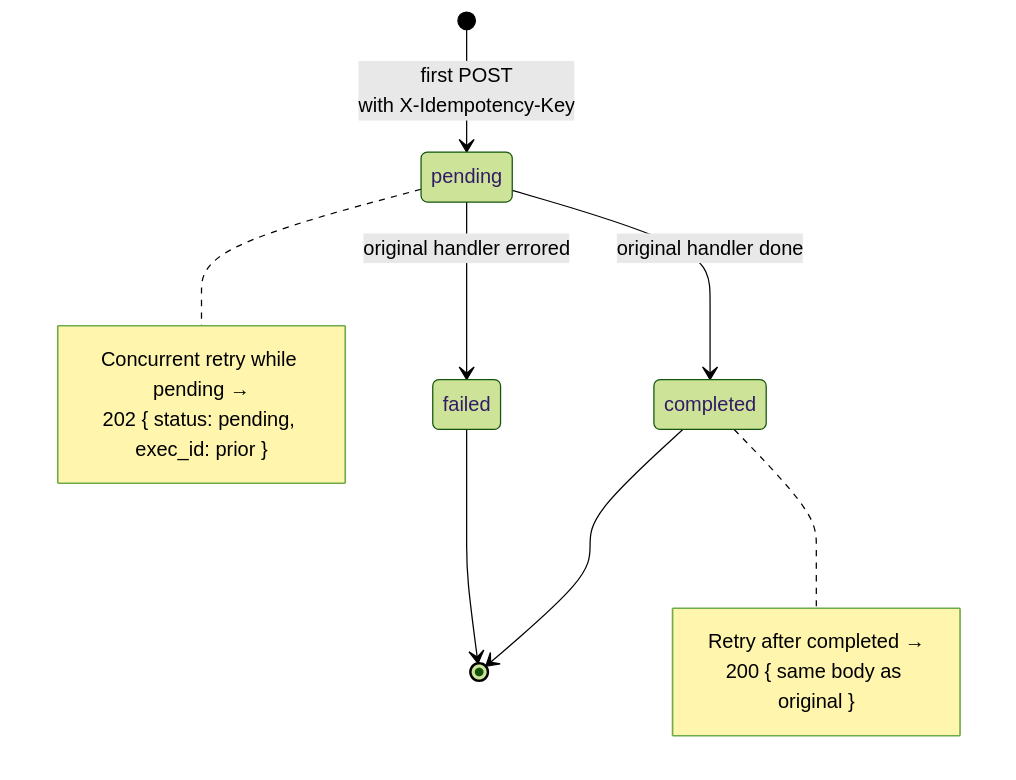
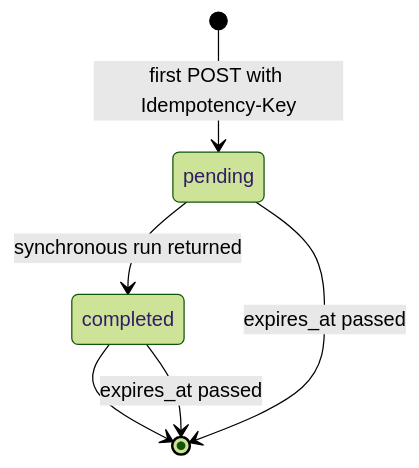
The fourth of 5 diagrams in apps/web/public/dev-docs/02-runtime/09-state-machines.md (sarkar4777/abenix), drawn with Mermaid (forest theme) before and after one commit. The commit also changed other lines of this file and 288 other files, not shown here.

````diff
--- a/apps/web/public/dev-docs/02-runtime/09-state-machines.md
+++ b/apps/web/public/dev-docs/02-runtime/09-state-machines.md
@@ -165,18 +207,8 @@
 ```mermaid
 stateDiagram-v2
-  [*] --> pending: first POST<br/>with X-Idempotency-Key
-  pending --> completed: original handler done
-  pending --> failed: original handler errored
+  [*] --> pending: first POST with Idempotency-Key
+  pending --> completed: synchronous run returned
   completed --> [*]
-  failed --> [*]
-
-  note right of pending
-    Concurrent retry while pending →
-    202 { status: pending, exec_id: prior }
-  end note
-
-  note right of completed
-    Retry after completed →
-    200 { same body as original }
-  end note
+  pending --> [*]: expires_at passed
+  completed --> [*]: expires_at passed
 ```
````
